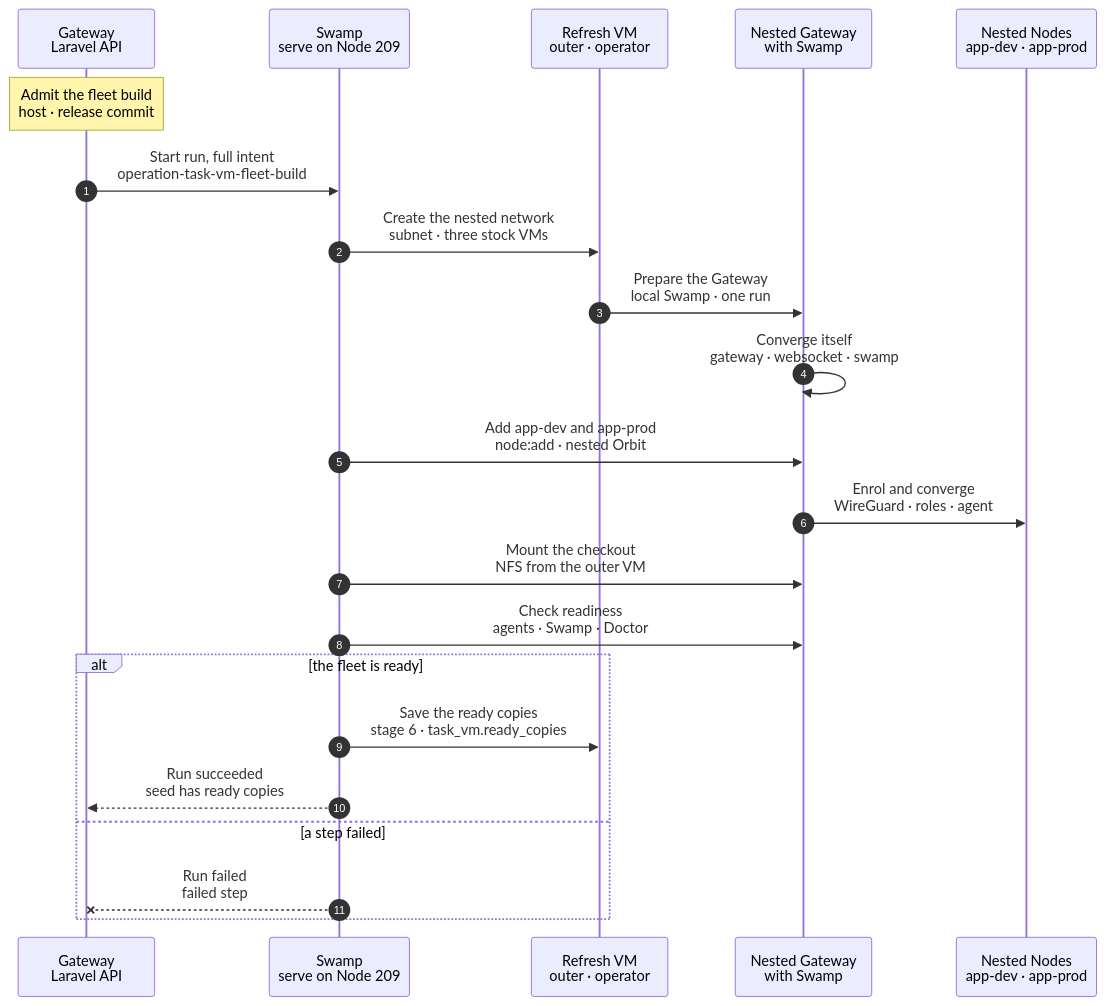
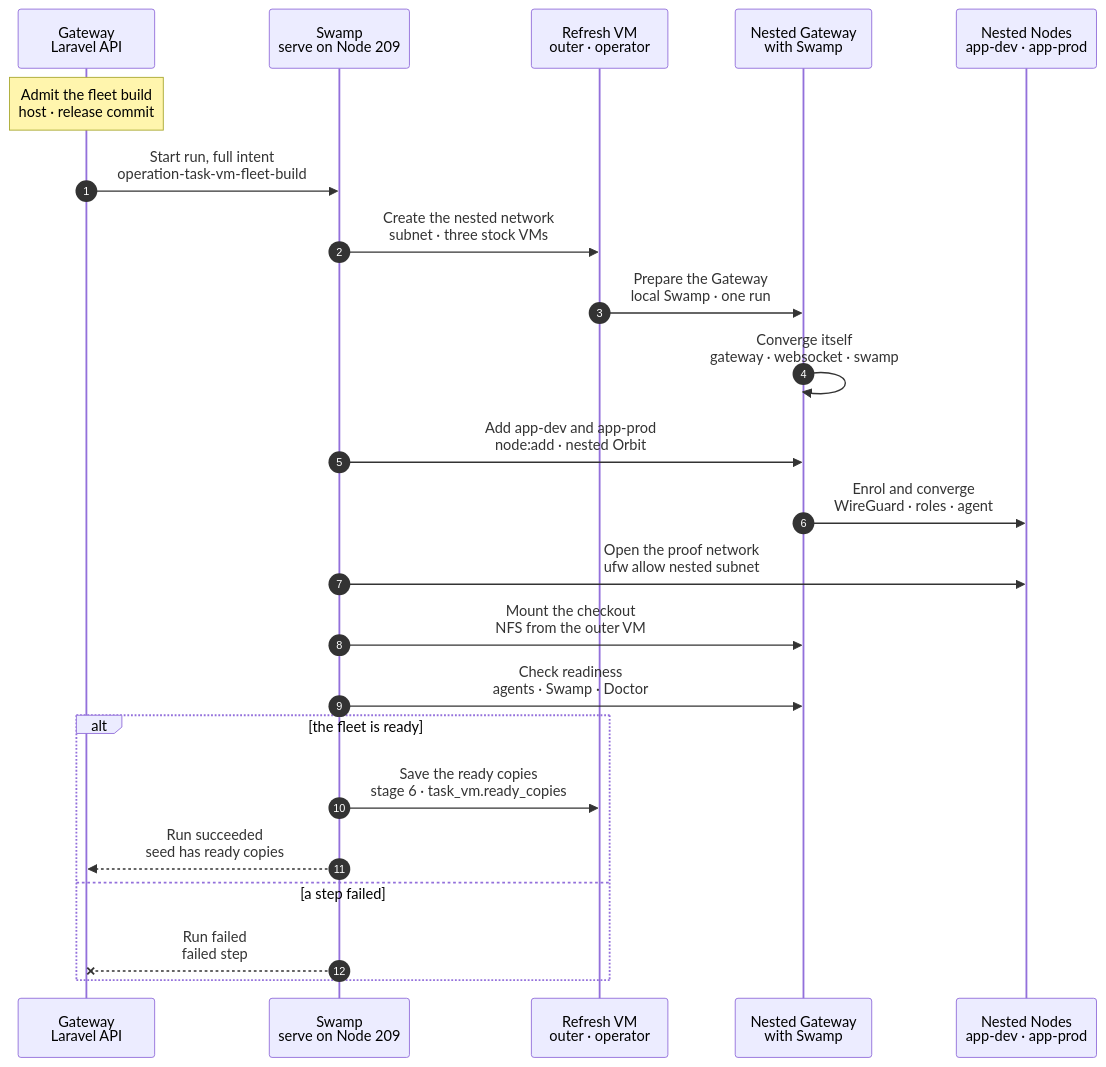
Before and after one commit to hardimpactdev/orbit: the diagram in docs/cli/tasks/vm-fleet-build.mmd, drawn with Mermaid. The commit also changed 3 other files, not shown here.

Commit message:
Fleet build: name the Nodes by role and open the proof network

```diff
--- a/docs/cli/tasks/vm-fleet-build.mmd
+++ b/docs/cli/tasks/vm-fleet-build.mmd
@@ -80,12 +80,18 @@
   %%> What it does:
   %%> - the nested Gateway's own `node:add` with the roles `app-dev` and `app-prod`; its own Swamp converges them over SSH
   %%> - so a fleet build also proves node:add and the role phases on fresh machines
+  %%> - the Nodes are named after their roles, `app-dev` and `app-prod` (the guests stay `nested-app-dev` and `nested-app-prod`): the proof runner and the cases find a Node by its role name
   %%> Decided by the orchestrator, for Nick's review (2026-11-06), the package cache:
   %%> - the Composer tool setup of a nested Node refreshes the apt indexes of the Ubuntu snapshot; for a Node inside the nested subnet its plan reads them from the `apt-cacher-ng` of the outer VM (`http://10.232.2.1:3142`, apt proxy) instead of `https://snapshot.ubuntu.com`; the packages stay a direct download
   %%> - the outer VM role installs and starts the cache and opens port 3142 on the nested bridge only; the image build fills it (`vm-image-build.mmd`), so a fleet build finds the indexes warm
   %%> - the Gateway names the cache for a Node whose address is in the nested subnet `10.232.2.0/24`; the e2e harness never hands out that subnet, so no other Node is inside it. Any other Node reads the snapshot directly
   %%> - the Node asks for the same index files as the image build (no `apt.conf.d` drop-ins) and one request at a time (no pipelining, as in the image build)
   NG->>NN: Enrol and converge<br/>WireGuard · roles · agent
+  SW->>NN: Open the proof network<br/>ufw allow nested subnet
+  %%> What it does:
+  %%> - on each of the three guests, one `ufw allow from 10.232.2.0/24 comment proof-network`, the subnet from the Gateway's intent
+  %%> Why:
+  %%> - the proof starts from a fleet where only Orbit's own rules and this allowance exist (`swamp/proof/batches.yaml`, `fresh-fleet`); the cases probe over the nested subnet and place their test rules above this row, so a copy without it leaves every case `unrun`
   SW->>NG: Mount the checkout<br/>NFS from the outer VM
   %%> What it does:
   %%> - the Gateway and app-dev guests stop the Gateway services, move `.env`, `storage` and `bootstrap/cache` (and the Swamp repository's own state) to `/var/lib/orbit-checkout-state` on their own disk, and drop the checkout they built
```
